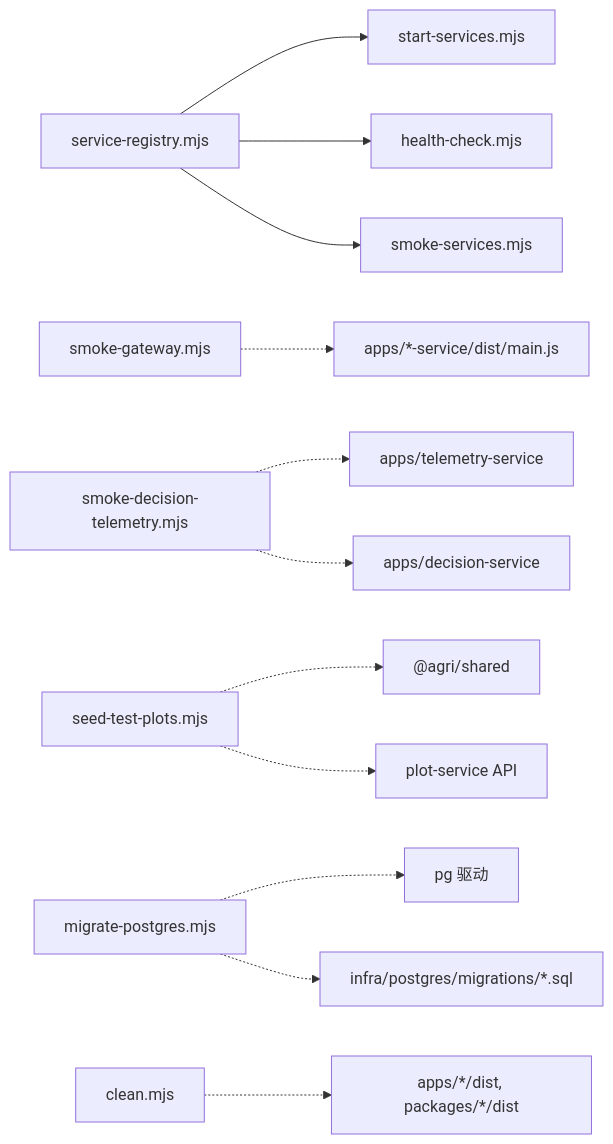
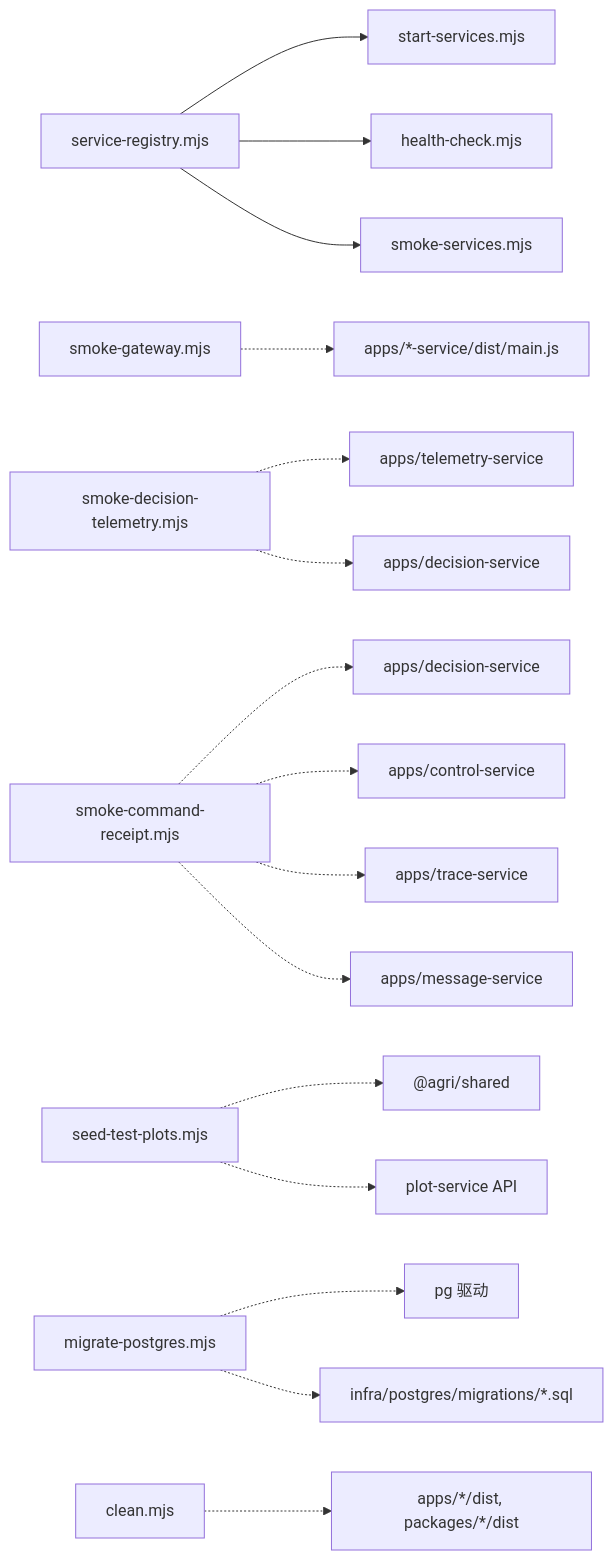
Diagram 12 of 12 in .qoder/repowiki/zh/content/基础设施/运维脚本/运维脚本.md (q446328246/agri-platform), drawn with Mermaid before and after one commit. The commit also changed other lines of this file and 35 other files, not shown here.

````diff
--- a/.qoder/repowiki/zh/content/基础设施/运维脚本/运维脚本.md
+++ b/.qoder/repowiki/zh/content/基础设施/运维脚本/运维脚本.md
@@ -402,14 +472,18 @@
 ```mermaid
 graph LR
 Reg["service-registry.mjs"] --> Start["start-services.mjs"]
 Reg --> Health["health-check.mjs"]
 Reg --> SmokeAll["smoke-services.mjs"]
 GW["smoke-gateway.mjs"] -.-> Apps["apps/*-service/dist/main.js"]
 DT["smoke-decision-telemetry.mjs"] -.-> Tel["apps/telemetry-service"]
 DT -.-> Dec["apps/decision-service"]
+CR["smoke-command-receipt.mjs"] -.-> Dec2["apps/decision-service"]
+CR -.-> Ctrl["apps/control-service"]
+CR -.-> Trc["apps/trace-service"]
+CR -.-> Msg["apps/message-service"]
 Seed["seed-test-plots.mjs"] -.-> Shared["@agri/shared"]
 Seed -.-> PlotAPI["plot-service API"]
 Mig["migrate-postgres.mjs"] -.-> PG["pg 驱动"]
 Mig -.-> SQL["infra/postgres/migrations/*.sql"]
 Clean["clean.mjs"] -.-> Dist["apps/*/dist, packages/*/dist"]
 ```
````
